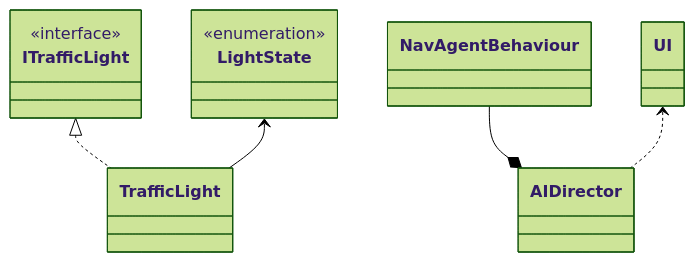
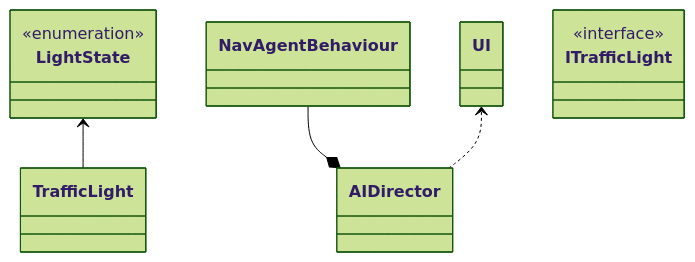
One commit to bryanb619/Sim-City changed the diagram in README.md. Above: the diagram before and after it, drawn with Mermaid (forest theme). The commit also changed other lines of this file, not shown here.

Commit message:
FSM diagram explanation

````diff
--- a/README.md
+++ b/README.md
@@ -125,15 +133,14 @@
 ```mermaid
 
 classDiagram
 
-    ITrafficLight          <|.. TrafficLight
     LightState             <--  TrafficLight
     NavAgentBehaviour      --*  AIDirector           
     UI                     <..  AIDirector
 
     class ITrafficLight
     <<interface>> ITrafficLight
 
     class LightState
     <<enumeration>> LightState 
 ```
````
